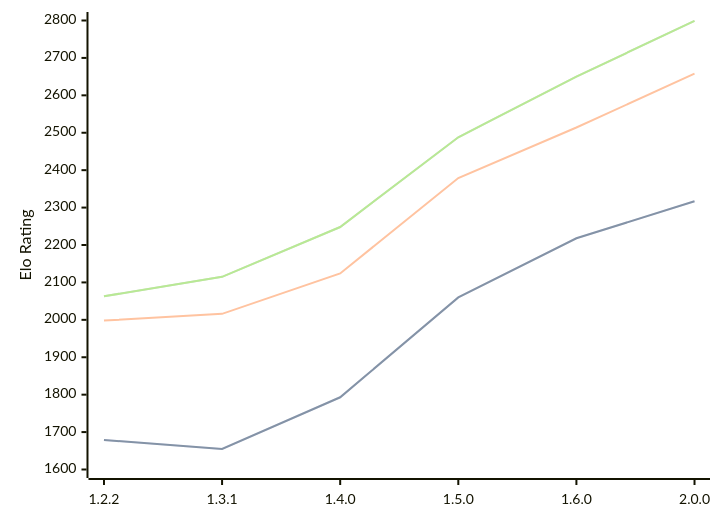
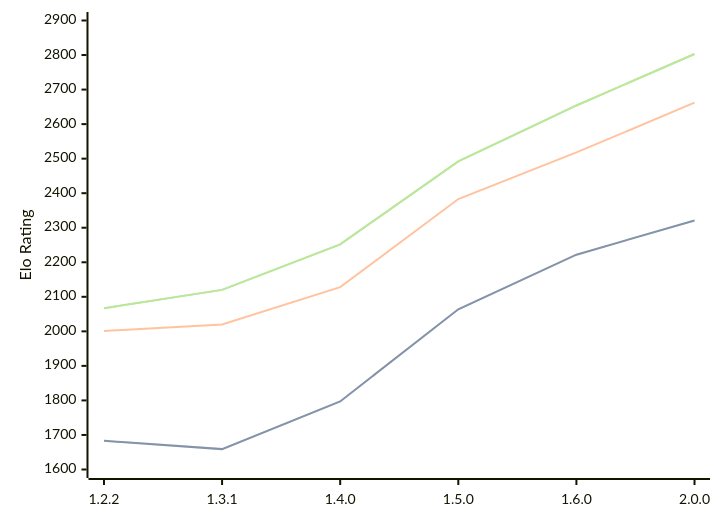
One commit to computer-chess-index/cci changed the diagram in engines/SoloEngine.md. Above: the diagram before and after it, drawn with Mermaid. The commit also changed other lines of this file, not shown here.

Commit message:
Update CCI Ratings (ELO VLTC) - 2026-05-02

````diff
--- a/engines/SoloEngine.md
+++ b/engines/SoloEngine.md
@@ -37,11 +37,11 @@
 ```mermaid
 %%{init: {"theme":"base","themeVariables":{"seriesColors:['#a3a3a3','#222221','#faa371']}}}%%
 xychart-beta
   x-axis ["1.2.2", "1.3.1", "1.4.0", "1.5.0", "1.6.0", "2.0.0"]
-  y-axis "Elo Rating" 1600 --> 2800
-  line "STC (8.0+0.08s)" [1679, 1655, 1793, 2060, 2218, 2317]
-  line "STC (8.0+0.08s)" [1679, 1655, 1793, 2060, 2218, 2317]
-  line "LTC (60.0+0.60s)" [1998, 2016, 2124, 2379, 2514, 2658]
-  line "VLTC (2m24s+1.12s)" [2063, 2115, 2248, 2488, 2650, 2799]
-  line "VLTC (2m24s+1.12s)" [2063, 2115, 2248, 2488, 2650, 2799]
+  y-axis "Elo Rating" 1600 --> 2900
+  line "STC (8.0+0.08s)" [1683, 1659, 1797, 2064, 2222, 2321]
+  line "STC (8.0+0.08s)" [1683, 1659, 1797, 2064, 2222, 2321]
+  line "LTC (60.0+0.60s)" [2001, 2020, 2128, 2383, 2518, 2662]
+  line "VLTC (2m24s+1.12s)" [2067, 2120, 2252, 2492, 2654, 2803]
+  line "VLTC (2m24s+1.12s)" [2067, 2120, 2252, 2492, 2654, 2803]
 ```
````
